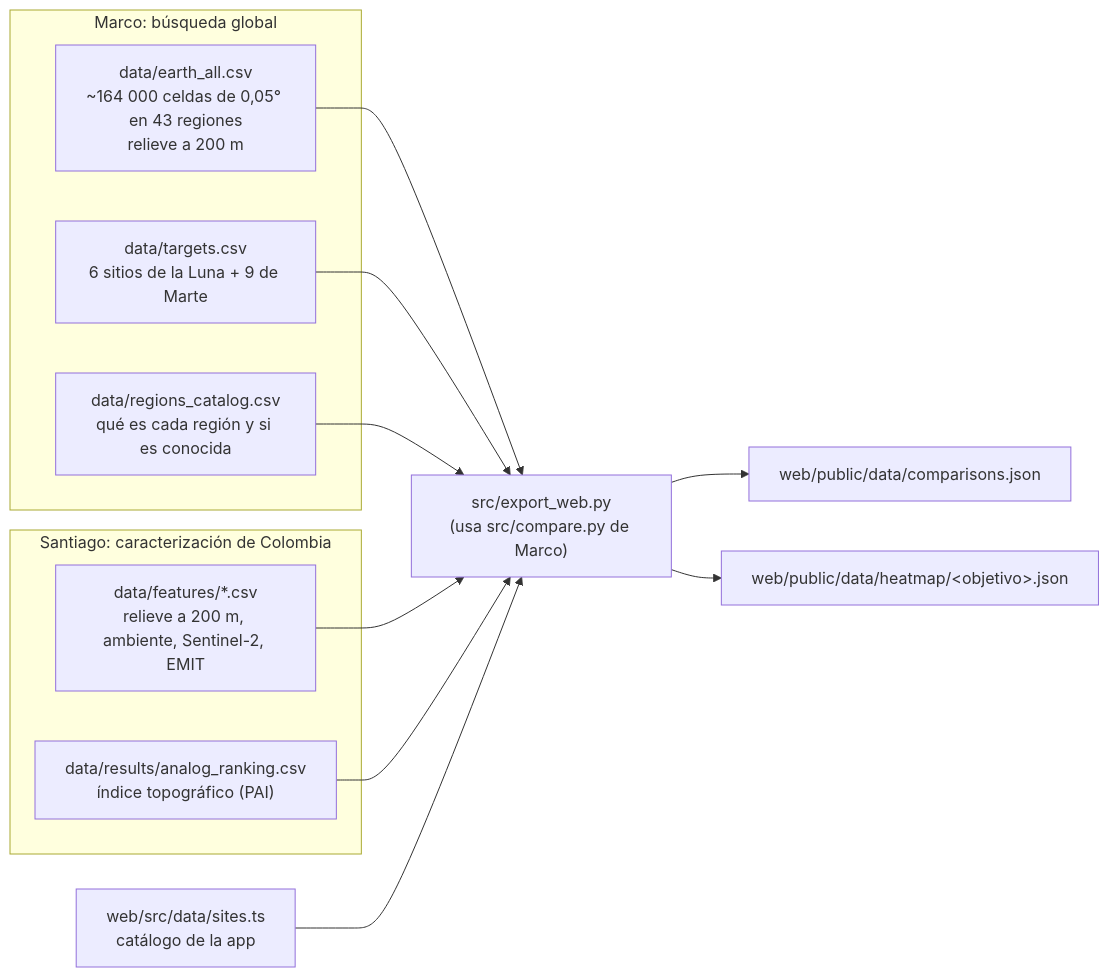
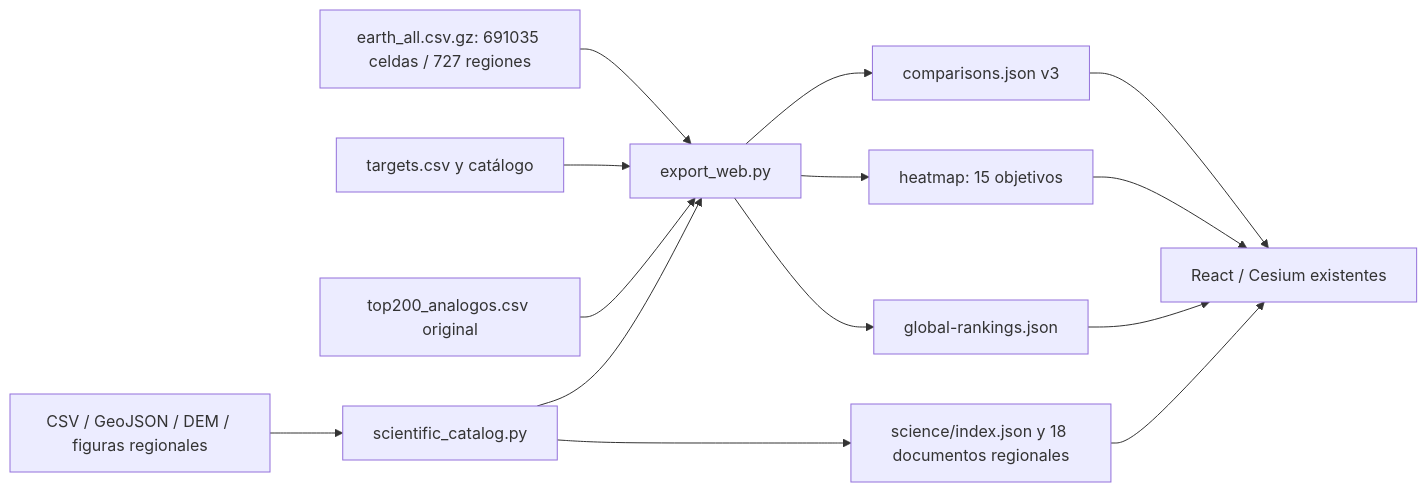
One commit to Mabeltranpe1/NASA_SPACE_APPS_2026 changed the diagram in docs/DATOS_WEB.md. Above: the diagram before and after it, drawn with Mermaid. The commit also changed other lines of this file and 345 other files, not shown here.

First line of the commit message:
Integrate Colombian science with expanded global data and existing UI

````diff
--- a/docs/DATOS_WEB.md
+++ b/docs/DATOS_WEB.md
@@ -7,24 +7,16 @@
 ```mermaid
 flowchart LR
-    subgraph Marco["Marco: búsqueda global"]
-        E["data/earth_all.csv<br/>~164 000 celdas de 0,05° en 43 regiones<br/>relieve a 200 m"]
-        T["data/targets.csv<br/>6 sitios de la Luna + 9 de Marte"]
-        R["data/regions_catalog.csv<br/>qué es cada región y si es conocida"]
-    end
-    subgraph Santiago["Santiago: caracterización de Colombia"]
-        F["data/features/*.csv<br/>relieve a 200 m, ambiente, Sentinel-2, EMIT"]
-        P["data/results/analog_ranking.csv<br/>índice topográfico (PAI)"]
-    end
-    C["web/src/data/sites.ts<br/>catálogo de la app"]
-    X["src/export_web.py<br/>(usa src/compare.py de Marco)"]
-    J1["web/public/data/comparisons.json"]
-    J2["web/public/data/heatmap/&lt;objetivo&gt;.json"]
-    E --> X
-    T --> X
-    R --> X
-    F --> X
-    P --> X
-    C --> X
-    X --> J1
-    X --> J2
+  G[earth_all.csv.gz: 691035 celdas / 727 regiones] --> E[export_web.py]
+  T[targets.csv y catálogo] --> E
+  P[top200_analogos.csv original] --> E
+  S[CSV / GeoJSON / DEM / figuras regionales] --> A[scientific_catalog.py]
+  A --> E
+  E --> C[comparisons.json v3]
+  E --> H[heatmap: 15 objetivos]
+  E --> R[global-rankings.json]
+  A --> J[science/index.json y 18 documentos regionales]
+  C --> UI[React / Cesium existentes]
+  H --> UI
+  R --> UI
+  J --> UI
 ```
````
